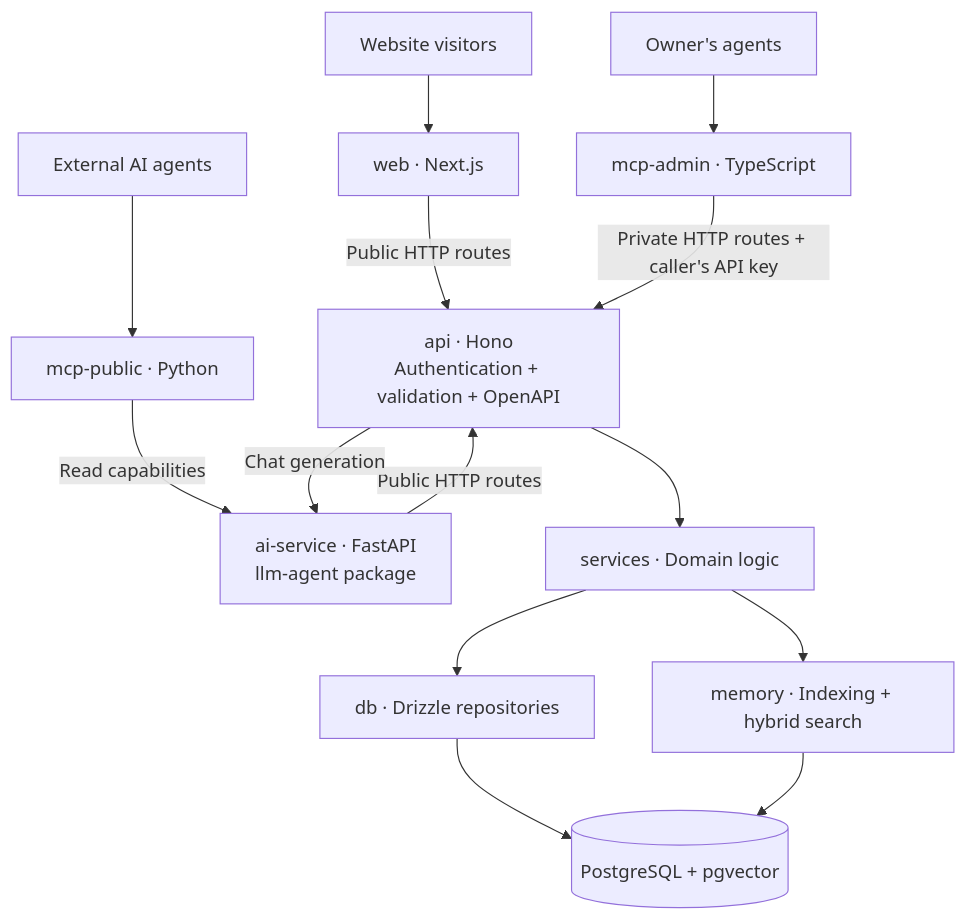
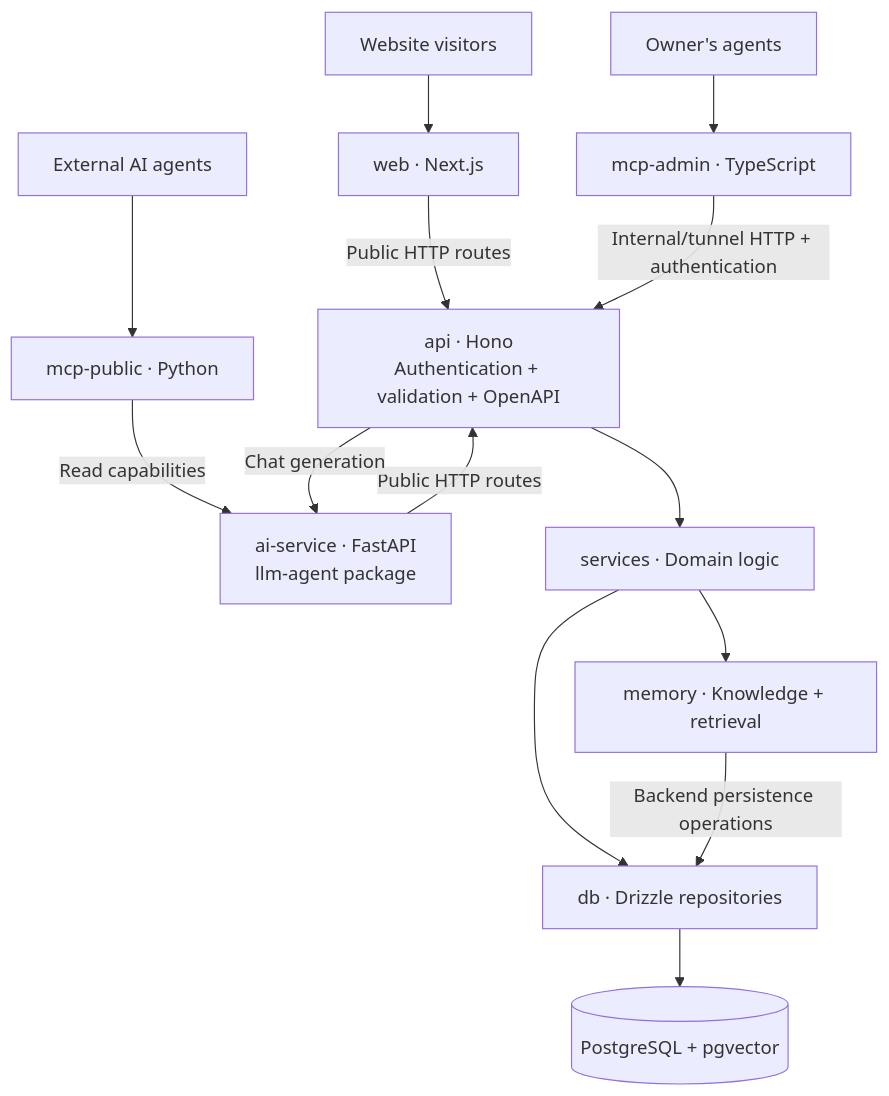
One commit to sebelapetr/sebela.dev changed the diagram in README.md. Above: the diagram before and after it, drawn with Mermaid. The commit also changed other lines of this file and 29 other files, not shown here.

````diff
--- a/README.md
+++ b/README.md
@@ -55,18 +55,18 @@
 ```mermaid
 flowchart TB
     visitor["Website visitors"] --> web["web · Next.js"]
     agents["External AI agents"] --> public["mcp-public · Python"]
     public -->|Read capabilities| ai["ai-service · FastAPI<br/>llm-agent package"]
     owner["Owner's agents"] --> admin["mcp-admin · TypeScript"]
 
     web -->|Public HTTP routes| api["api · Hono<br/>Authentication + validation + OpenAPI"]
     ai -->|Public HTTP routes| api
-    admin -->|Private HTTP routes + caller's API key| api
+    admin -->|Internal/tunnel HTTP + authentication| api
     api -->|Chat generation| ai
 
     api --> services["services · Domain logic"]
     services --> db["db · Drizzle repositories"]
-    services --> memory["memory · Indexing + hybrid search"]
+    services --> memory["memory · Knowledge + retrieval"]
     db --> postgres[("PostgreSQL + pgvector")]
-    memory --> postgres
+    memory -->|Backend persistence operations| db
 ```
````
